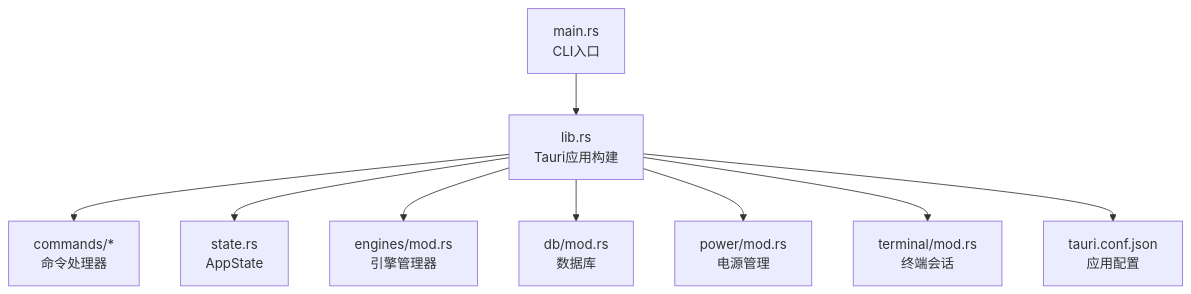
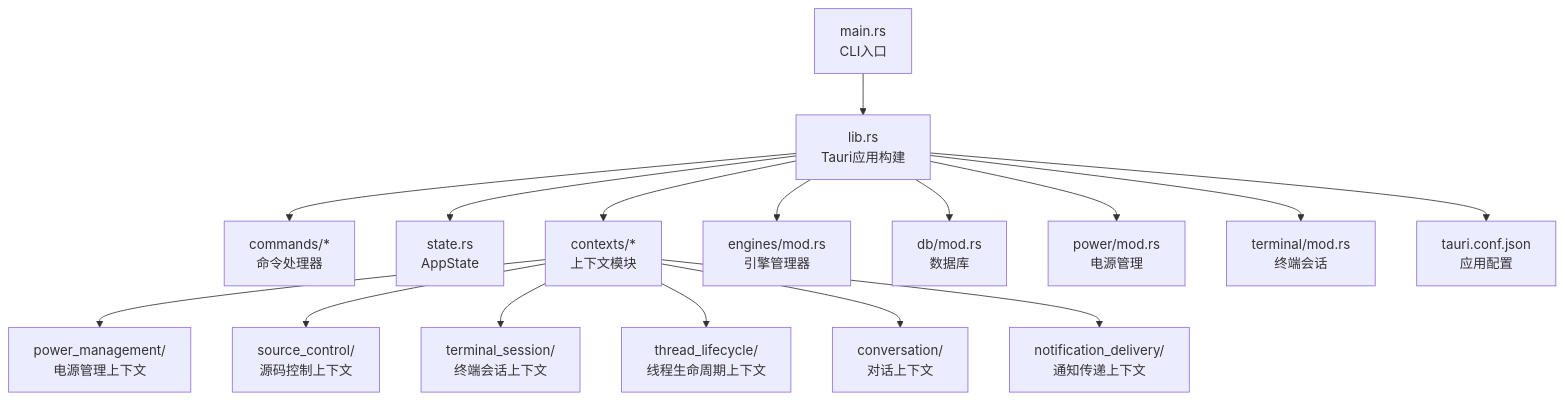
One commit to yattin/panes changed the first of 10 diagrams in .qoder/repowiki/zh/content/架构设计/后端架构/后端架构.md. Above: the diagram before and after it, drawn with Mermaid. The commit also changed other lines of this file and 45 other files, not shown here.

````diff
--- a/.qoder/repowiki/zh/content/架构设计/后端架构/后端架构.md
+++ b/.qoder/repowiki/zh/content/架构设计/后端架构/后端架构.md
@@ -49,11 +59,18 @@
 ```mermaid
 graph TB
 A["main.rs<br/>CLI入口"] --> B["lib.rs<br/>Tauri应用构建"]
 B --> C["commands/*<br/>命令处理器"]
 B --> D["state.rs<br/>AppState"]
-B --> E["engines/mod.rs<br/>引擎管理器"]
-B --> F["db/mod.rs<br/>数据库"]
-B --> G["power/mod.rs<br/>电源管理"]
-B --> H["terminal/mod.rs<br/>终端会话"]
-B --> I["tauri.conf.json<br/>应用配置"]
+B --> E["contexts/*<br/>上下文模块"]
+B --> F["engines/mod.rs<br/>引擎管理器"]
+B --> G["db/mod.rs<br/>数据库"]
+B --> H["power/mod.rs<br/>电源管理"]
+B --> I["terminal/mod.rs<br/>终端会话"]
+B --> J["tauri.conf.json<br/>应用配置"]
+E --> K["power_management/<br/>电源管理上下文"]
+E --> L["source_control/<br/>源码控制上下文"]
+E --> M["terminal_session/<br/>终端会话上下文"]
+E --> N["thread_lifecycle/<br/>线程生命周期上下文"]
+E --> O["conversation/<br/>对话上下文"]
+E --> P["notification_delivery/<br/>通知传递上下文"]
 ```
````
